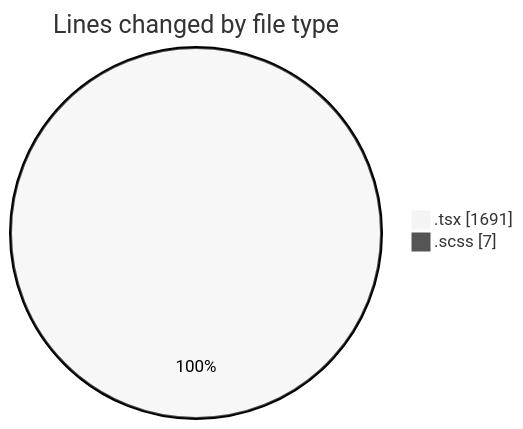
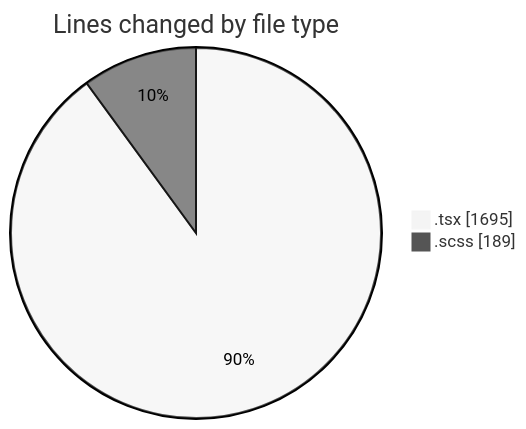
The first of 2 diagrams in 2025-09-30/cda/README.md (momahboobian/code-tracking), drawn with Mermaid (neutral theme) before and after one commit. The commit also changed other lines of this file and 1 other file, not shown here.

````diff
--- a/2025-09-30/cda/README.md
+++ b/2025-09-30/cda/README.md
@@ -22,6 +23,6 @@
 ```mermaid
 pie showData
 title Lines changed by file type
-".tsx" : 1691
-".scss" : 7
+".tsx" : 1695
+".scss" : 189
 ```
````
